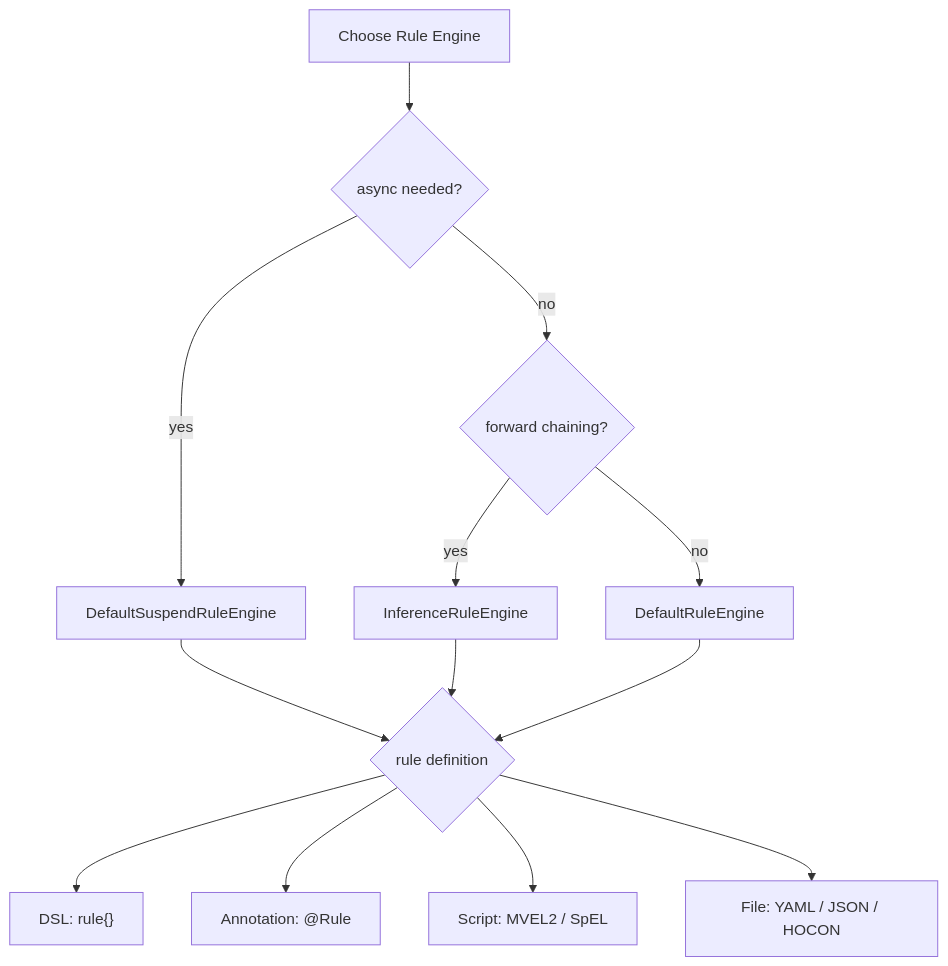
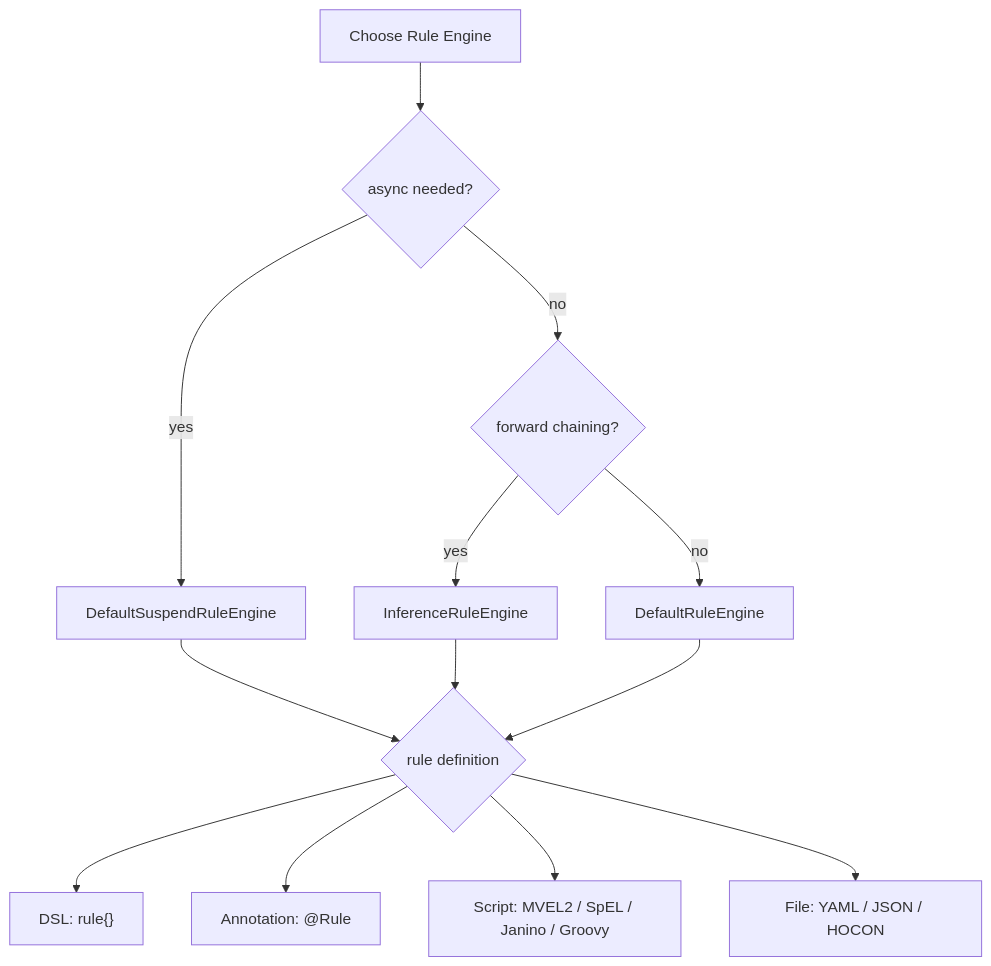
The seventh of 8 diagrams in utils/rule-engine/README.md (bluetape4k/bluetape4k-projects), drawn with Mermaid before and after one commit. The commit also changed other lines of this file and 17 other files, not shown here.

First line of the commit message:
feat: rule-engine에 Janino/Groovy 스크립트 엔진 추가

````diff
--- a/utils/rule-engine/README.md
+++ b/utils/rule-engine/README.md
@@ -213,13 +213,13 @@
 ```mermaid
 flowchart TD
     A[Choose Rule Engine] --> B{async needed?}
     B -->|yes| C[DefaultSuspendRuleEngine]
     B -->|no| D{forward chaining?}
     D -->|yes| E[InferenceRuleEngine]
     D -->|no| F[DefaultRuleEngine]
     C & E & F --> G{rule definition}
     G --> H["DSL: rule{}"]
     G --> I["Annotation: @Rule"]
-    G --> J["Script: MVEL2 / SpEL"]
+    G --> J["Script: MVEL2 / SpEL / Janino / Groovy"]
     G --> K["File: YAML / JSON / HOCON"]
 ```
````
